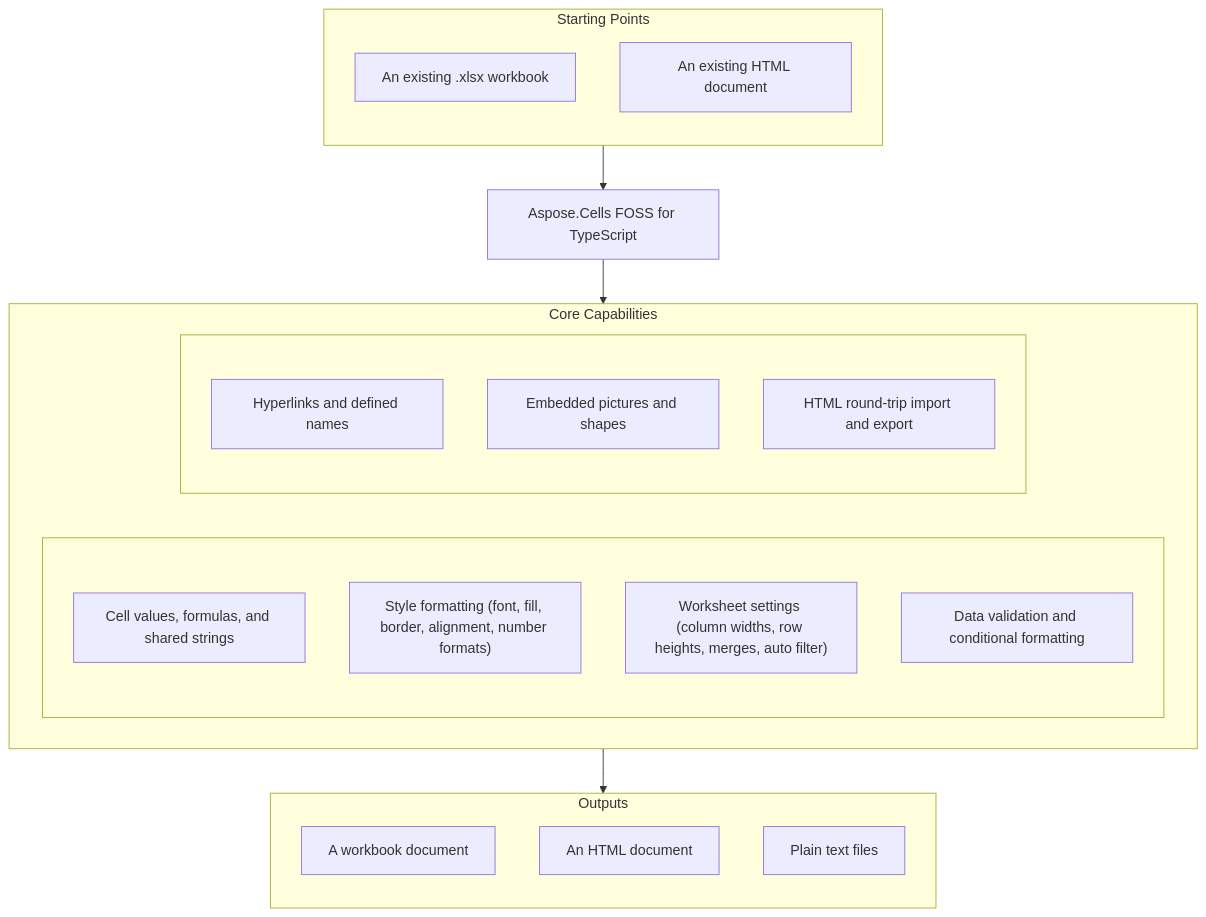
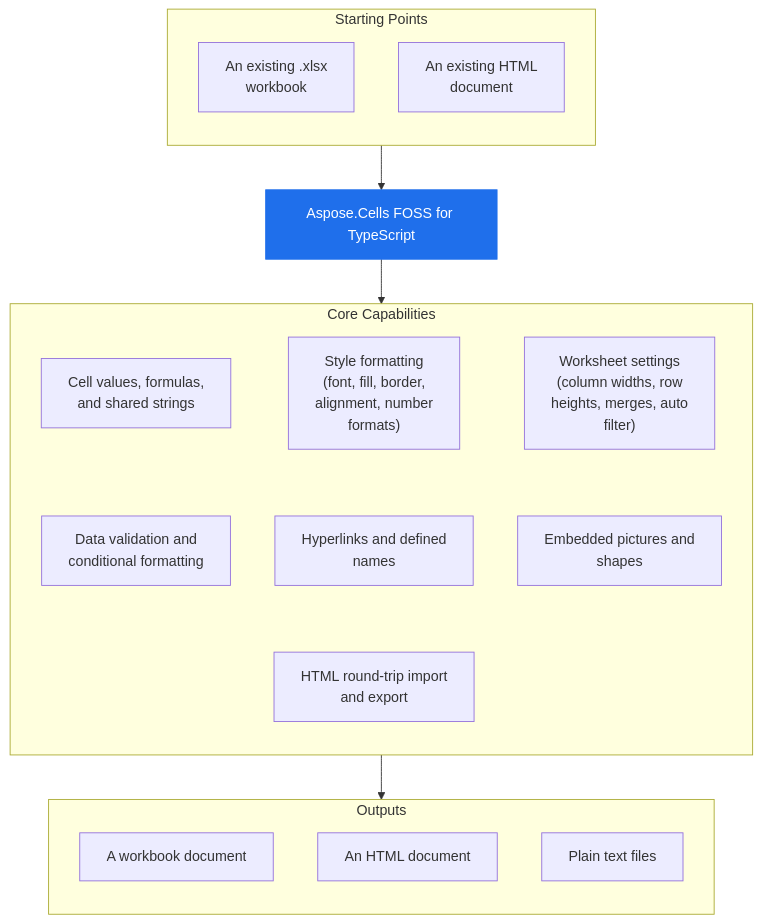
Before and after one commit to babar-raza/repo-presenter: the diagram in fc186507e5b7124f4664aa6035f25cfd3112367d/README.md, drawn with Mermaid. The commit also changed 6 other files, not shown here.

````diff
--- a/fc186507e5b7124f4664aa6035f25cfd3112367d/README.md
+++ b/fc186507e5b7124f4664aa6035f25cfd3112367d/README.md
@@ -29,32 +29,34 @@
 ```mermaid
-flowchart TD
+flowchart TB
   subgraph StartingPoints["Starting Points"]
     direction TB
-    i1["An existing .xlsx workbook"]
-    i2["An existing HTML document"]
+    i1["An existing .xlsx<br/>workbook"]
+    i2["An existing HTML<br/>document"]
   end
   PRODUCT["Aspose.Cells FOSS for TypeScript"]
   subgraph Capabilities["Core Capabilities"]
-    direction LR
-    subgraph capl[" "]
-      direction TB
-      c1["Cell values, formulas, and shared strings"]
-      c2["Style formatting (font, fill, border, alignment, number formats)"]
-      c3["Worksheet settings (column widths, row heights, merges, auto filter)"]
-      c4["Data validation and conditional formatting"]
-    end
-    subgraph capr[" "]
-      direction TB
-      c5["Hyperlinks and defined names"]
-      c6["Embedded pictures and shapes"]
-      c7["HTML round-trip import and export"]
-    end
+    direction TB
+    c1["Cell values, formulas,<br/>and shared strings"]
+    c2["Style formatting<br/>(font, fill, border,<br/>alignment, number<br/>formats)"]
+    c3["Worksheet settings<br/>(column widths, row<br/>heights, merges, auto<br/>filter)"]
+    c4["Data validation and<br/>conditional formatting"]
+    c5["Hyperlinks and defined<br/>names"]
+    c6["Embedded pictures and<br/>shapes"]
+    c7["HTML round-trip import<br/>and export"]
+    c1 ~~~ c4
+    c2 ~~~ c5
+    c3 ~~~ c6
+    c4 ~~~ c7
+    c5 ~~~ c7
+    c6 ~~~ c7
   end
   subgraph Outputs["Outputs"]
     direction TB
     o1["A workbook document"]
     o2["An HTML document"]
     o3["Plain text files"]
   end
   StartingPoints --> PRODUCT --> Capabilities --> Outputs
+  classDef product fill:#1f6feb,stroke:#1f6feb,color:#ffffff
+  class PRODUCT product
 ```
````
